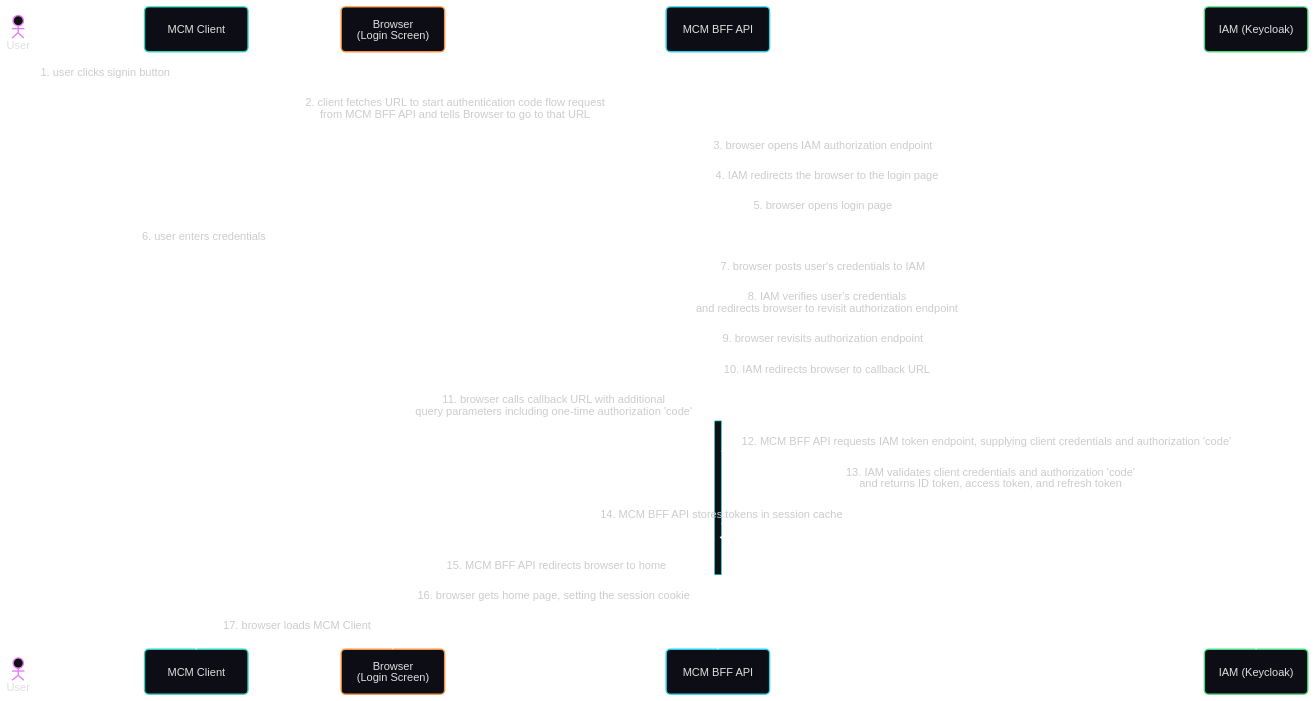
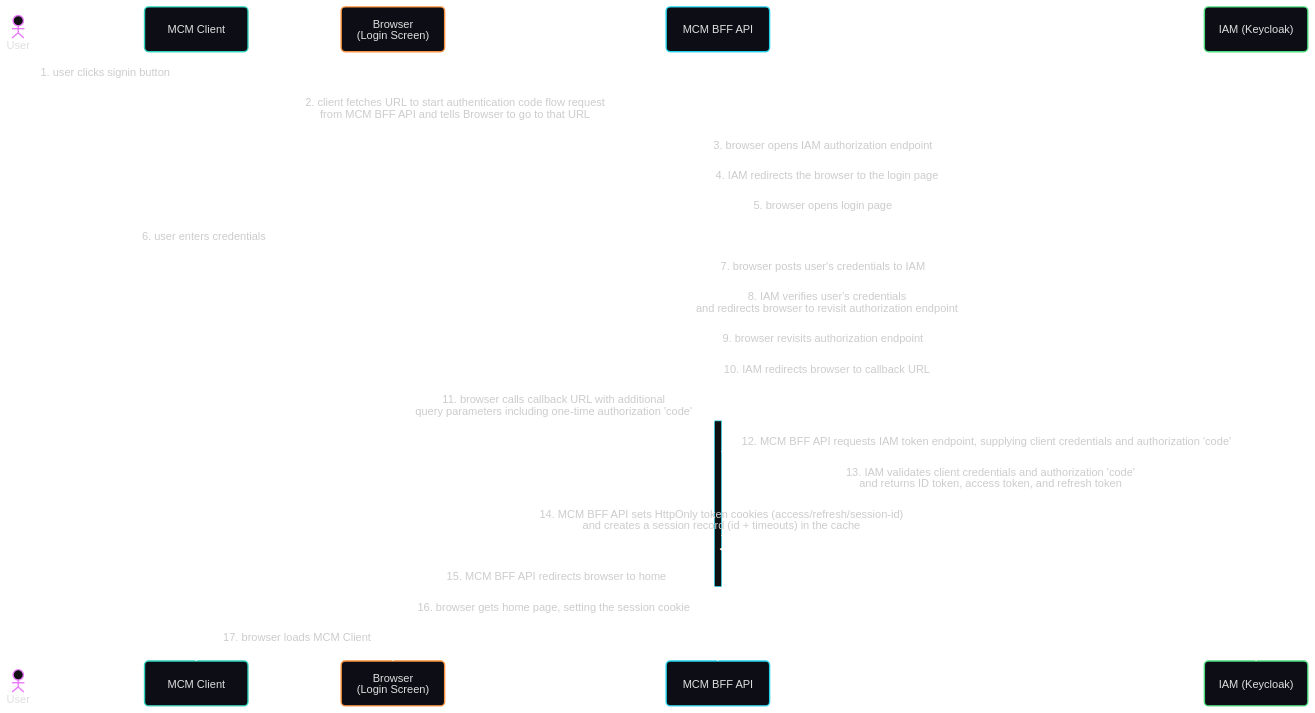
Before and after one commit to jumbleknot/MovieCollectionManager: the third of 5 diagrams in docs/MCM-Architecture.md, drawn with Mermaid. The commit also changed other lines of this file and 1 other file, not shown here.

Commit message:
auth flow updates

````diff
--- a/docs/MCM-Architecture.md
+++ b/docs/MCM-Architecture.md
@@ -422,33 +422,33 @@
 ```mermaid
 ---
 config:
   theme: redux-dark-color
   look: neo
 ---
 sequenceDiagram
   actor User
   participant Client as MCM Client
   participant Browser as Browser<br/>(Login Screen)
   participant BFF as MCM BFF API
   participant IAM as IAM (Keycloak)
 
   User->>Client: 1. user clicks signin button
   Client->>BFF: 2. client fetches URL to start authentication code flow request<br/>from MCM BFF API and tells Browser to go to that URL
   Browser->>IAM: 3. browser opens IAM authorization endpoint
   IAM-->>Browser: 4. IAM redirects the browser to the login page
   Browser->>IAM: 5. browser opens login page
   User->>Browser: 6. user enters credentials
   Browser->>IAM: 7. browser posts user's credentials to IAM
   IAM-->>Browser: 8. IAM verifies user's credentials<br/>and redirects browser to revisit authorization endpoint
   Browser->>IAM: 9. browser revisits authorization endpoint
   IAM-->>Browser: 10. IAM redirects browser to callback URL
   Browser->>BFF: 11. browser calls callback URL with additional<br/>query parameters including one-time authorization 'code'
   activate BFF
   BFF->>IAM: 12. MCM BFF API requests IAM token endpoint, supplying client credentials and authorization 'code'
   IAM-->>BFF: 13. IAM validates client credentials and authorization 'code'<br/>and returns ID token, access token, and refresh token
-  BFF->>BFF: 14. MCM BFF API stores tokens in session cache
+  BFF->>BFF: 14. MCM BFF API sets HttpOnly token cookies (access/refresh/session-id)<br/>and creates a session record (id + timeouts) in the cache
   BFF-->>Browser: 15. MCM BFF API redirects browser to home
   deactivate BFF
   Browser->>BFF: 16. browser gets home page, setting the session cookie
   Browser->>Client: 17. browser loads MCM Client
 ```
````
